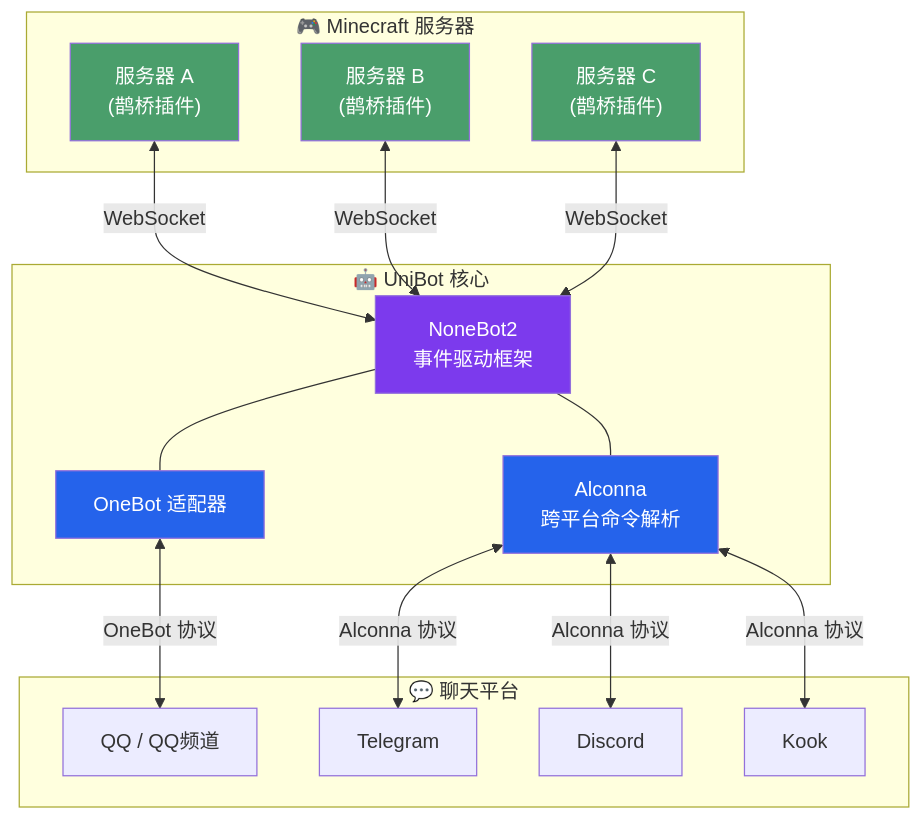
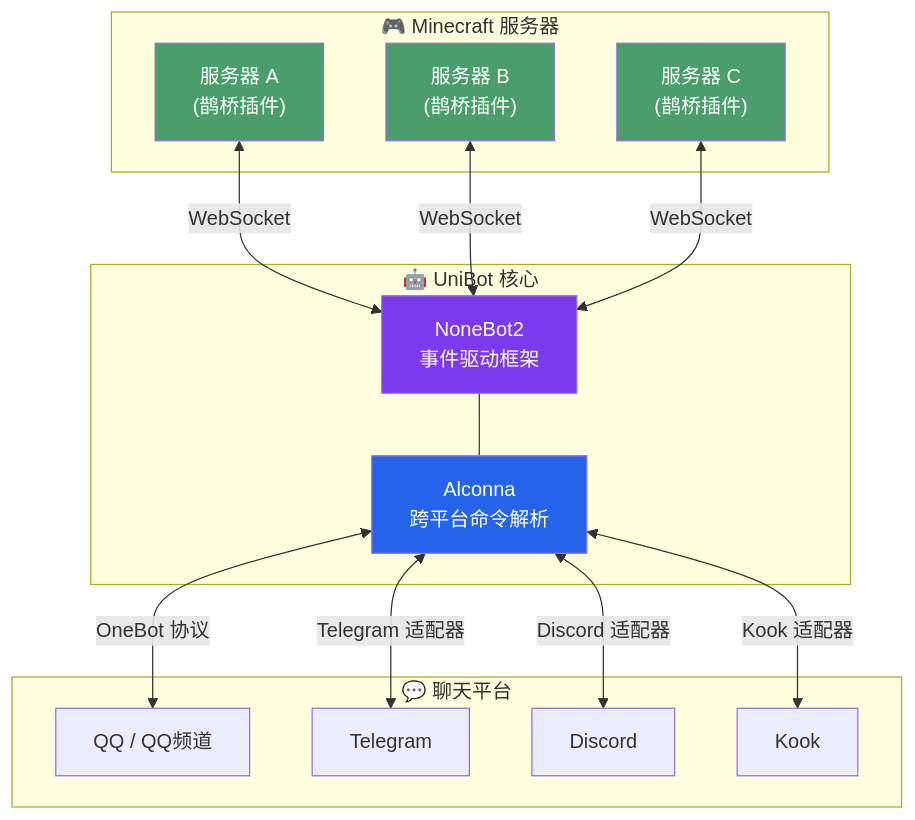
The diagram in README.md (Minecraft-UniBot/UniBot), drawn with Mermaid before and after one commit. The commit also changed other lines of this file and 3 other files, not shown here.

````diff
--- a/README.md
+++ b/README.md
@@ -377,38 +364,35 @@
 ```mermaid
 flowchart TB
     subgraph MC["🎮 Minecraft 服务器"]
         S1["服务器 A\n(鹊桥插件)"]
         S2["服务器 B\n(鹊桥插件)"]
         S3["服务器 C\n(鹊桥插件)"]
     end
 
     subgraph BOT["🤖 UniBot 核心"]
         CORE["NoneBot2\n事件驱动框架"]
-        OB["OneBot 适配器"]
         AC["Alconna\n跨平台命令解析"]
     end
 
     subgraph PLAT["💬 聊天平台"]
         QQ["QQ / QQ频道"]
         TG["Telegram"]
         DC["Discord"]
         KK["Kook"]
     end
 
     S1 <-->|WebSocket| CORE
     S2 <-->|WebSocket| CORE
     S3 <-->|WebSocket| CORE
-    CORE --- OB
     CORE --- AC
-    OB <-->|OneBot 协议| QQ
-    AC <-->|Alconna 协议| TG
-    AC <-->|Alconna 协议| DC
-    AC <-->|Alconna 协议| KK
+    AC <-->|OneBot 协议| QQ
+    AC <-->|Telegram 适配器| TG
+    AC <-->|Discord 适配器| DC
+    AC <-->|Kook 适配器| KK
 
     style S1 fill:#4a9e6b,color:#fff
     style S2 fill:#4a9e6b,color:#fff
     style S3 fill:#4a9e6b,color:#fff
     style CORE fill:#7c3aed,color:#fff
-    style OB fill:#2563eb,color:#fff
     style AC fill:#2563eb,color:#fff
 ```
````
